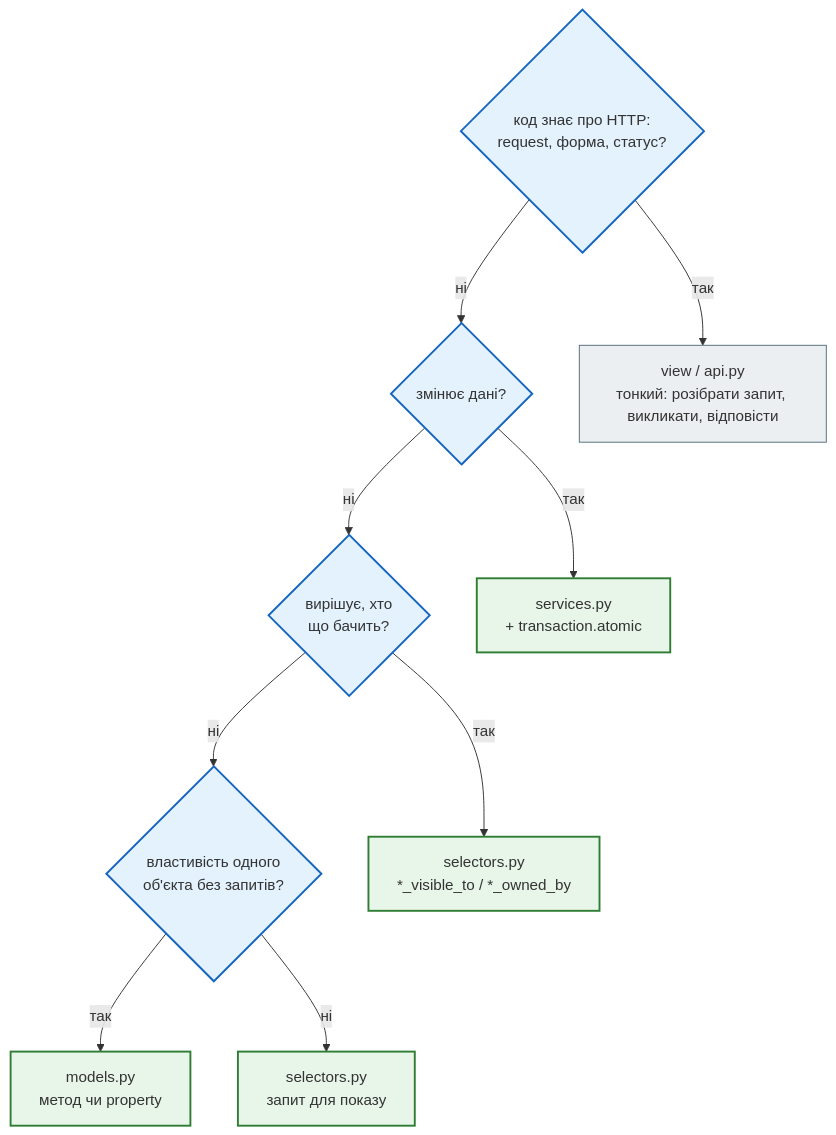
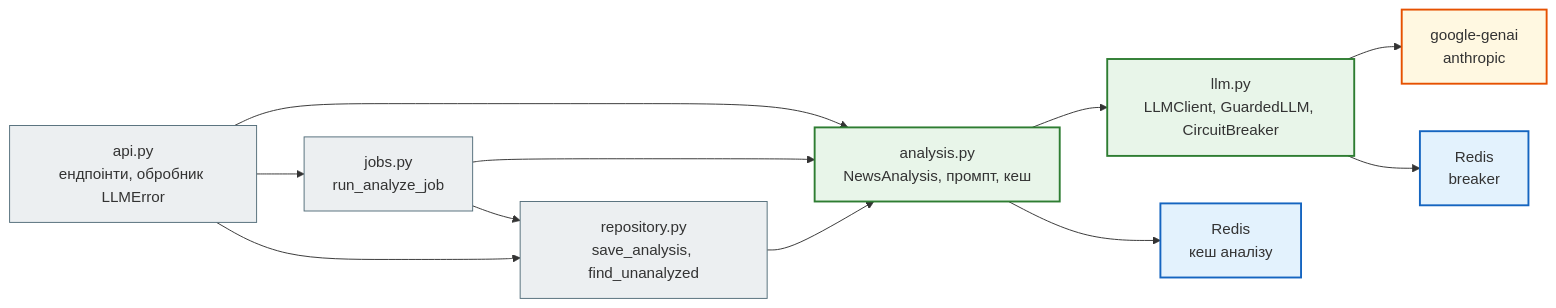
Before and after one commit to AlinaRadchenko/PY-Course-Victor-Nikoriak-22-09-2026: the seventh of 8 diagrams in docs/modules/m4/lesson_44.md, drawn with Mermaid. The commit also changed other lines of this file and 1846 other files, not shown here.

````diff
--- a/docs/modules/m4/lesson_44.md
+++ b/docs/modules/m4/lesson_44.md
@@ -578,31 +852,24 @@
 ```mermaid
-flowchart TD
+graph LR
     classDef step     fill:#eceff1,stroke:#546e7a,stroke-width:1px;
     classDef decision fill:#e3f2fd,stroke:#1565c0,stroke-width:2px;
     classDef success  fill:#e8f5e9,stroke:#2e7d32,stroke-width:2px;
     classDef error    fill:#ffebee,stroke:#c62828,stroke-width:3px;
     classDef warning  fill:#fff8e1,stroke:#e65100,stroke-width:2px;
 
-    Q1{"код знає про HTTP:<br>request, форма, статус?"}
-    Q2{"змінює дані?"}
-    Q3{"вирішує, хто<br>що бачить?"}
-    Q4{"властивість одного<br>об'єкта без запитів?"}
-    V["view / api.py<br>тонкий: розібрати запит, викликати, відповісти"]
-    SV["services.py<br>+ transaction.atomic"]
-    SEL["selectors.py<br>*_visible_to / *_owned_by"]
-    SEL2["selectors.py<br>запит для показу"]
-    M["models.py<br>метод чи property"]
+    API["api.py<br>ендпоінти, обробник LLMError"] --> AN["analysis.py<br>NewsAnalysis, промпт, кеш"]
+    JOBS["jobs.py<br>run_analyze_job"] --> AN
+    API --> JOBS
+    AN --> LLM["llm.py<br>LLMClient, GuardedLLM, CircuitBreaker"]
+    API --> REPO["repository.py<br>save_analysis, find_unanalyzed"]
+    JOBS --> REPO
+    REPO --> AN
+    LLM --> SDK["google-genai<br>anthropic"]
+    LLM --> RD["Redis<br>breaker"]
+    AN --> RD2["Redis<br>кеш аналізу"]
 
-    Q1 -- так --> V
-    Q1 -- ні --> Q2
-    Q2 -- так --> SV
-    Q2 -- ні --> Q3
-    Q3 -- так --> SEL
-    Q3 -- ні --> Q4
-    Q4 -- так --> M
-    Q4 -- ні --> SEL2
-
-    class Q1,Q2,Q3,Q4 decision
-    class V step
-    class SV,SEL,SEL2,M success
+    class API,JOBS,REPO step
+    class AN,LLM success
+    class SDK warning
+    class RD,RD2 decision
 ```
````
